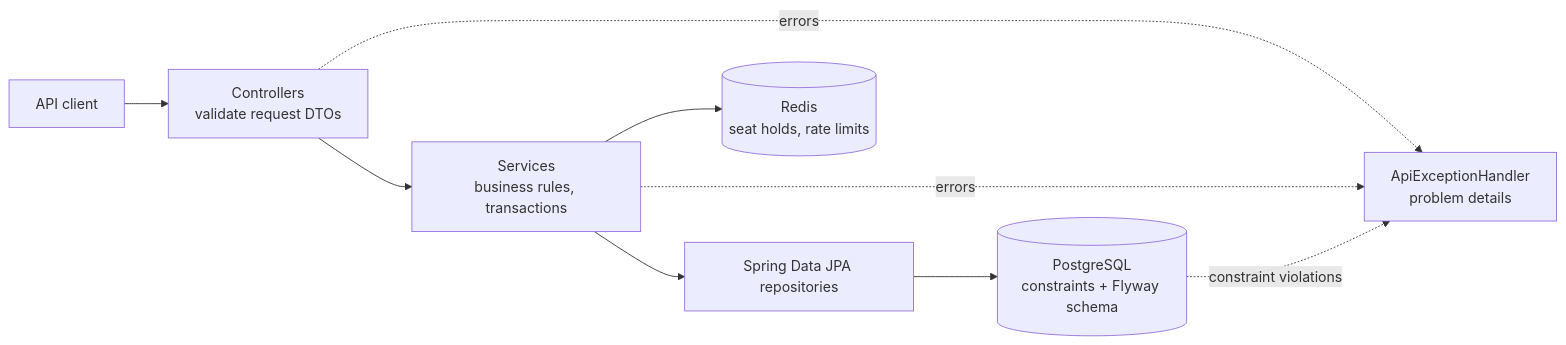
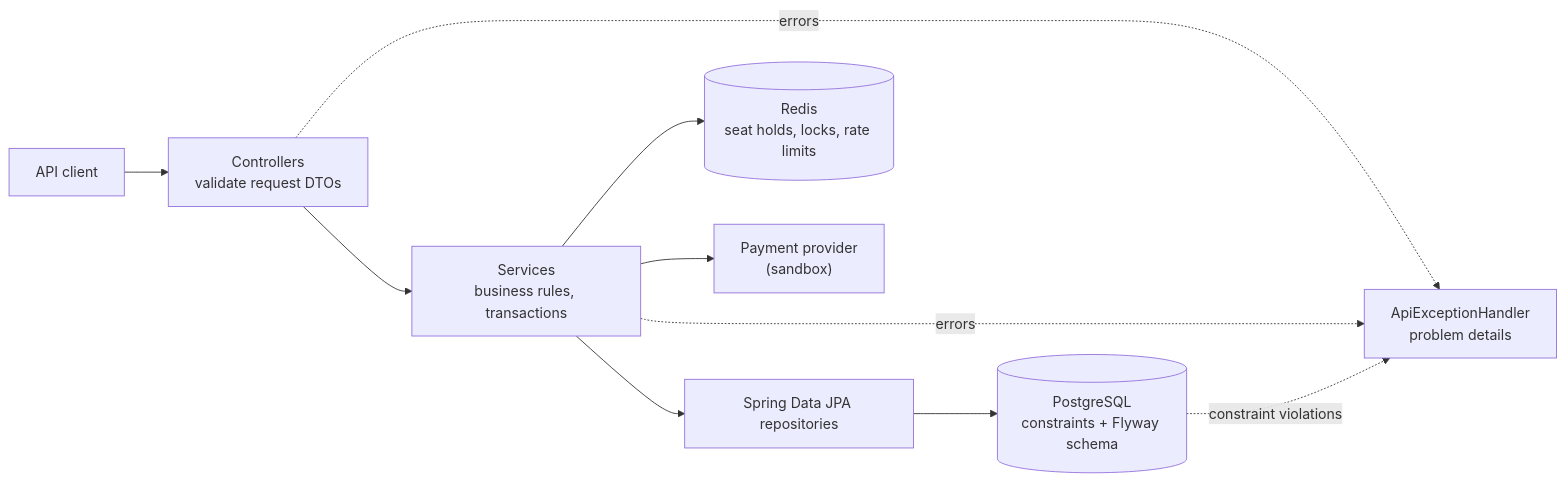
The first of 2 diagrams in backend/README.md (antoniosifov/popcorn-palace), drawn with Mermaid before and after one commit. The commit also changed other lines of this file and 1 other file, not shown here.

````diff
--- a/backend/README.md
+++ b/backend/README.md
@@ -24,11 +26,12 @@
 ```mermaid
 flowchart LR
     Client["API client"] --> Controller["Controllers<br/>validate request DTOs"]
     Controller --> Service["Services<br/>business rules, transactions"]
     Service --> Repository["Spring Data JPA repositories"]
     Repository --> Database[("PostgreSQL<br/>constraints + Flyway schema")]
-    Service --> Redis[("Redis<br/>seat holds, rate limits")]
+    Service --> Redis[("Redis<br/>seat holds, locks, rate limits")]
+    Service --> Provider["Payment provider<br/>(sandbox)"]
     Controller -. errors .-> Handler["ApiExceptionHandler<br/>problem details"]
     Service -. errors .-> Handler
     Database -. constraint violations .-> Handler
 ```
````
